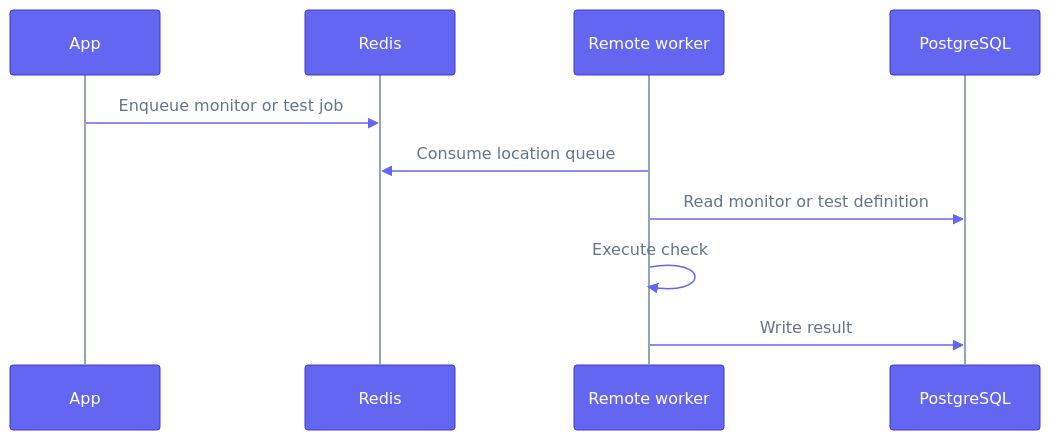
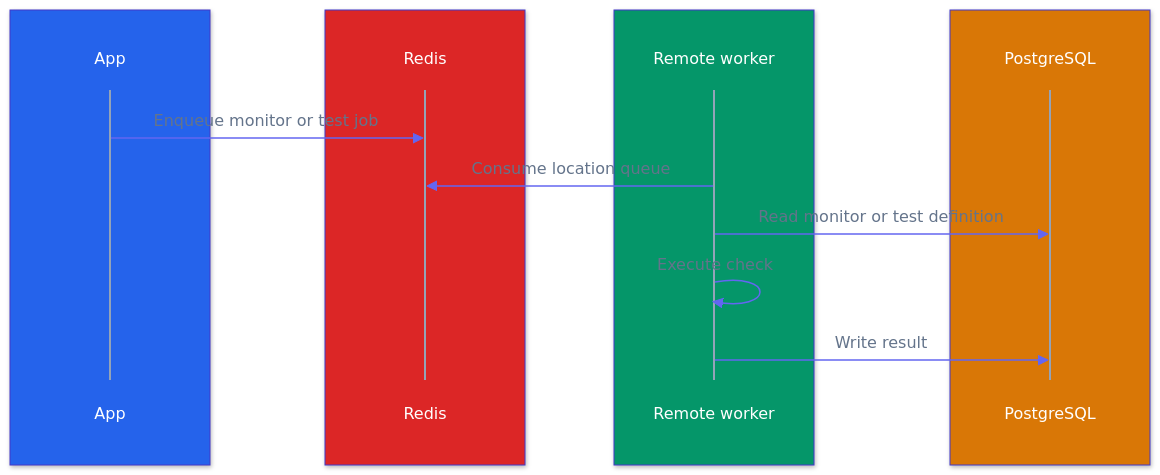
Before and after one commit to supercheck-io/supercheck: the second of 2 diagrams in docs/content/docs/app/deployment/multi-location.mdx, drawn with Mermaid. The commit also changed other lines of this file and 14 other files, not shown here.

First line of the commit message:
docs: reorganize architecture diagram and add color to sequence diagrams

````diff
--- a/docs/content/docs/app/deployment/multi-location.mdx
+++ b/docs/content/docs/app/deployment/multi-location.mdx
@@ -62,14 +103,22 @@
 ```mermaid
-%%{init: {"theme":"base","themeVariables":{"fontFamily":"ui-sans-serif, system-ui, -apple-system, Segoe UI, Roboto, sans-serif","primaryColor":"#6366f1","primaryTextColor":"#ffffff","primaryBorderColor":"#4338ca","lineColor":"#94a3b8","actorBkg":"#6366f1","actorBorder":"#4338ca","actorTextColor":"#ffffff","actorLineColor":"#94a3b8","signalColor":"#6366f1","signalTextColor":"#64748b","labelBoxBkgColor":"#f59e0b","labelBoxBorderColor":"#b45309","labelTextColor":"#ffffff","loopTextColor":"#64748b","activationBkgColor":"#8b5cf6","activationBorderColor":"#6d28d9","noteBkgColor":"#f59e0b","noteBorderColor":"#b45309","noteTextColor":"#ffffff","textColor":"#64748b","mainBkg":"#ffffff"}}}%%
+%%{init: {"theme":"base","themeVariables":{"fontFamily":"ui-sans-serif, system-ui, -apple-system, Segoe UI, Roboto, sans-serif","primaryColor":"#6366f1","primaryTextColor":"#ffffff","primaryBorderColor":"#4338ca","lineColor":"#94a3b8","actorBkg":"transparent","actorBorder":"transparent","actorTextColor":"#ffffff","actorLineColor":"#94a3b8","signalColor":"#6366f1","signalTextColor":"#64748b","labelBoxBkgColor":"#d97706","labelBoxBorderColor":"#b45309","labelTextColor":"#ffffff","loopTextColor":"#64748b","activationBkgColor":"#7c3aed","activationBorderColor":"#6d28d9","noteBkgColor":"#d97706","noteBorderColor":"#b45309","noteTextColor":"#ffffff","textColor":"#64748b","mainBkg":"#ffffff"}}}%%
 sequenceDiagram
-    participant App as App
-    participant Redis
-    participant Remote as Remote worker
-    participant PG as PostgreSQL
+    box rgb(37,99,235)
+        participant App as App
+    end
+    box rgb(220,38,38)
+        participant Redis
+    end
+    box rgb(5,150,105)
+        participant Remote as Remote worker
+    end
+    box rgb(217,119,6)
+        participant PG as PostgreSQL
+    end
 
     App->>Redis: Enqueue monitor or test job
     Remote->>Redis: Consume location queue
     Remote->>PG: Read monitor or test definition
     Remote->>Remote: Execute check
     Remote->>PG: Write result
 ```
````
